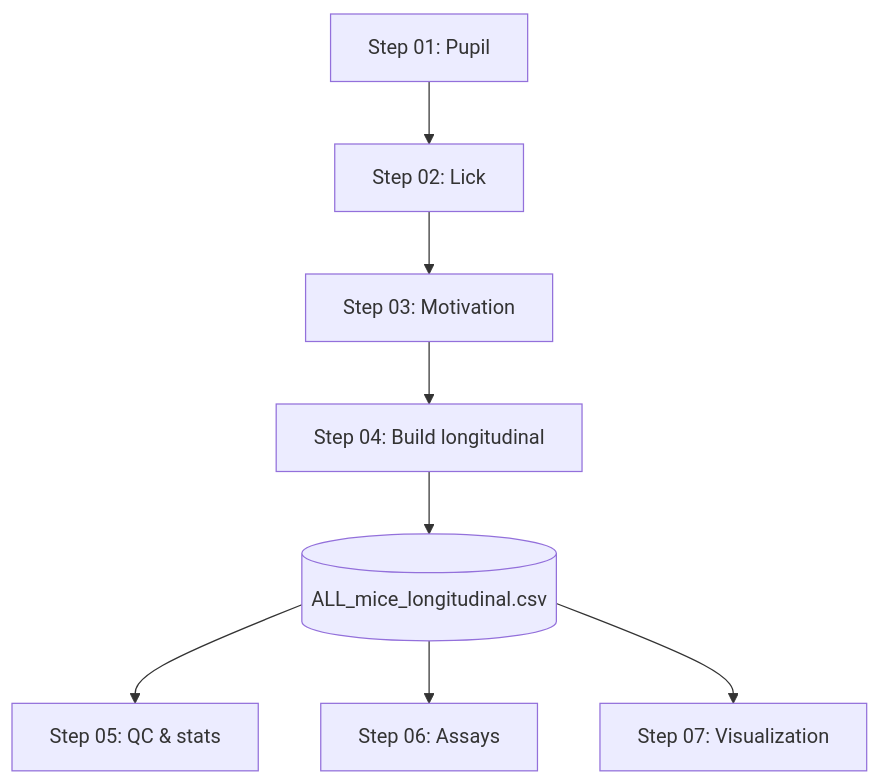
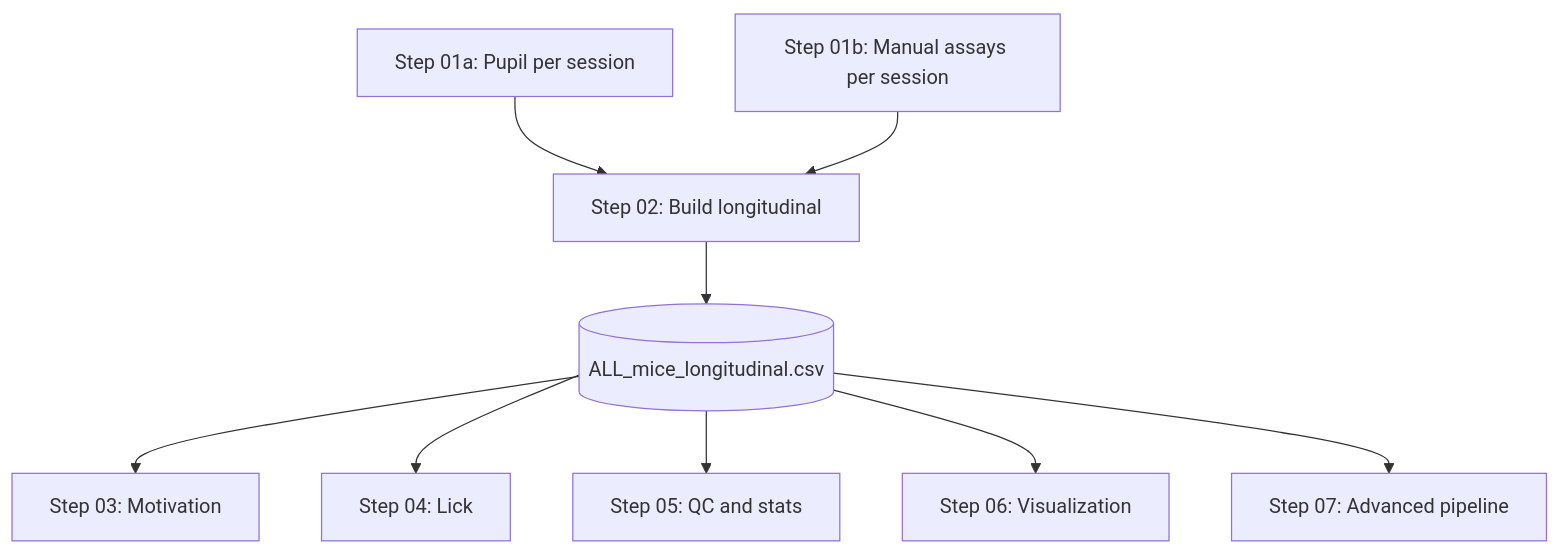
One commit to limserenahansol/opioidaddiction-matlab changed the diagram in PIPELINE.md. Above: the diagram before and after it, drawn with Mermaid. The commit also changed other lines of this file and 33 other files, not shown here.

First line of the commit message:
Reorganize: 01a/01b per-session, 02 longitudinal, 03-07 downstream; add step07_advanced and module table

````diff
--- a/PIPELINE.md
+++ b/PIPELINE.md
@@ -11,10 +9,20 @@
 ```mermaid
 flowchart TB
-    S01[Step 01: Pupil] --> S02[Step 02: Lick]
-    S02 --> S03[Step 03: Motivation]
-    S03 --> S04[Step 04: Build longitudinal]
-    S04 --> CSV[("ALL_mice_longitudinal.csv")]
-    CSV --> S05[Step 05: QC & stats]
-    CSV --> S06[Step 06: Assays]
-    CSV --> S07[Step 07: Visualization]
+    S01a[Step 01a: Pupil per session]
+    S01b[Step 01b: Manual assays per session]
+    S02[Step 02: Build longitudinal]
+    CSV[("ALL_mice_longitudinal.csv")]
+    S03[Step 03: Motivation]
+    S04[Step 04: Lick]
+    S05[Step 05: QC and stats]
+    S06[Step 06: Visualization]
+    S07[Step 07: Advanced pipeline]
+    S01a --> S02
+    S01b --> S02
+    S02 --> CSV
+    CSV --> S03
+    CSV --> S04
+    CSV --> S05
+    CSV --> S06
+    CSV --> S07
 ```
````
